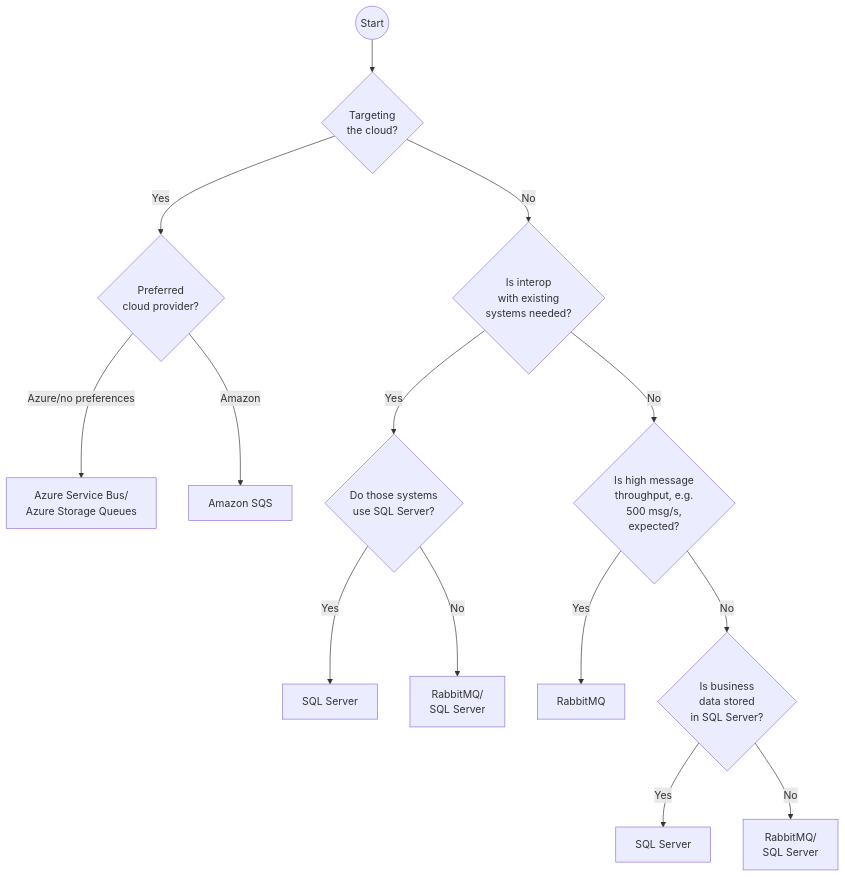
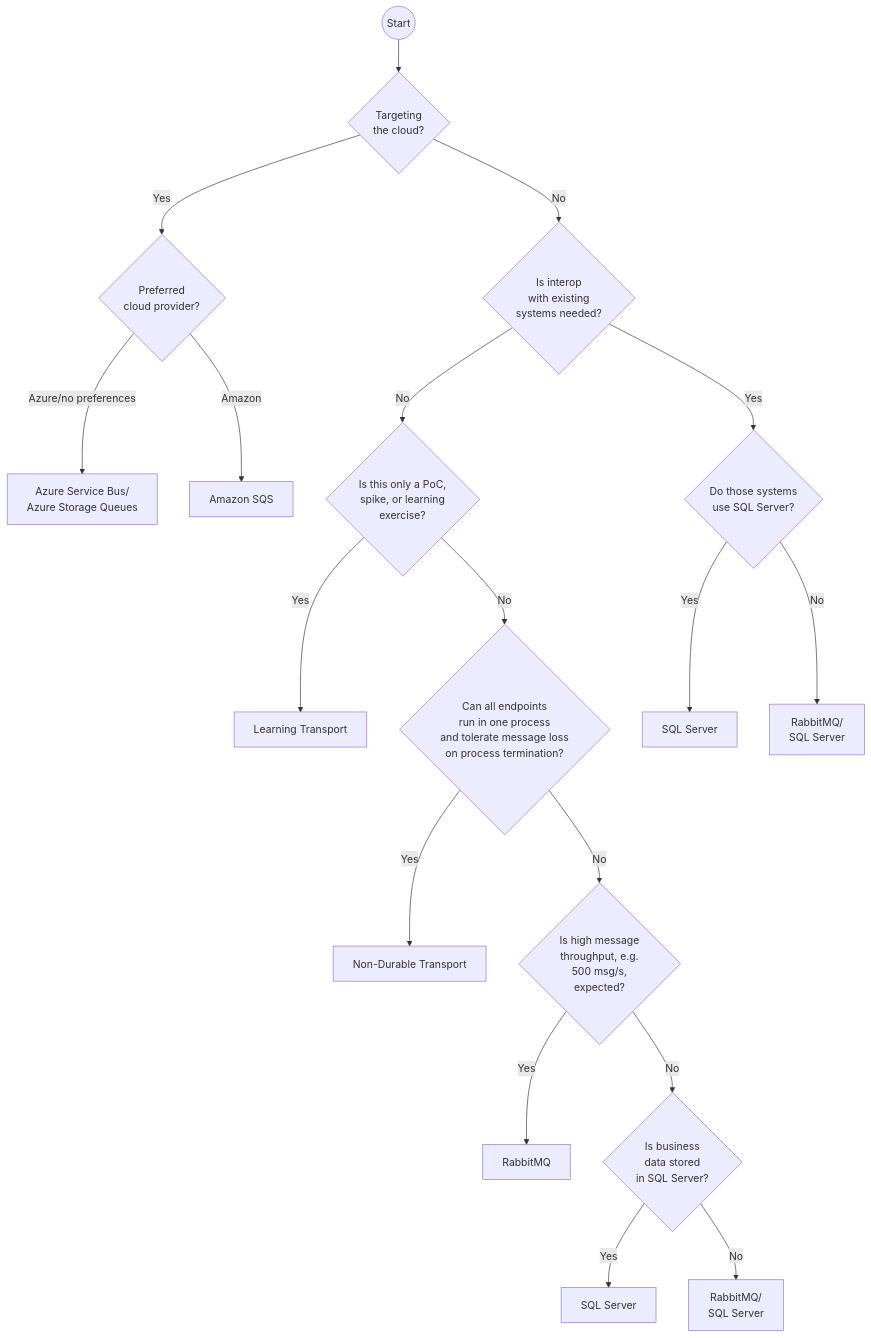
The diagram in transports/selecting.md (Particular/docs.particular.net), drawn with Mermaid before and after one commit. The commit also changed other lines of this file and 26 other files, not shown here.

First line of the commit message:
Non durable transport documentation and sample (#8437)

````diff
--- a/transports/selecting.md
+++ b/transports/selecting.md
@@ -37,16 +38,20 @@
 ```mermaid
 graph TD
 S((Start))-->Q{<center>Targeting<br/>the cloud?</center>}
 Q-->|Yes|Y{<center>Preferred<br/>cloud provider?</center>}
 Q-->|No|N{<center>Is interop<br/>with existing<br/>systems needed?</center>}
 Y-->|Azure/no preferences|Y1[<center>Azure Service Bus/<br/>Azure Storage Queues</center>]
 Y-->|Amazon|Y2[Amazon SQS]
 N-->|Yes|NY{<center>Do those systems<br/>use SQL Server?</center>}
-N-->|No|NN{<center>Is high message<br/>throughput, e.g.<br/>500 msg/s,<br/>expected?</center>}
+N-->|No|P{<center>Is this only a PoC,<br/>spike, or learning<br/>exercise?</center>}
+P-->|Yes|L[Learning Transport]
+P-->|No|SP{<center>Can all endpoints<br/>run in one process<br/>and tolerate message loss<br/>on process termination?</center>}
+SP-->|Yes|NDT[Non-Durable Transport]
+SP-->|No|NN{<center>Is high message<br/>throughput, e.g.<br/>500 msg/s,<br/>expected?</center>}
 NY-->|Yes|NYY[SQL Server]
 NY-->|No|NYN[<center>RabbitMQ/<br/>SQL Server</center>]
 NN-->|Yes|NNY[<center>RabbitMQ</center>]
 NN-->|No|NNN{<center>Is business<br/>data stored<br/>in SQL Server?</center>}
 NNN-->|Yes|NNNY[SQL Server]
 NNN-->|No|NNNN[<center>RabbitMQ/<br/>SQL Server</center>]
 ```
````
